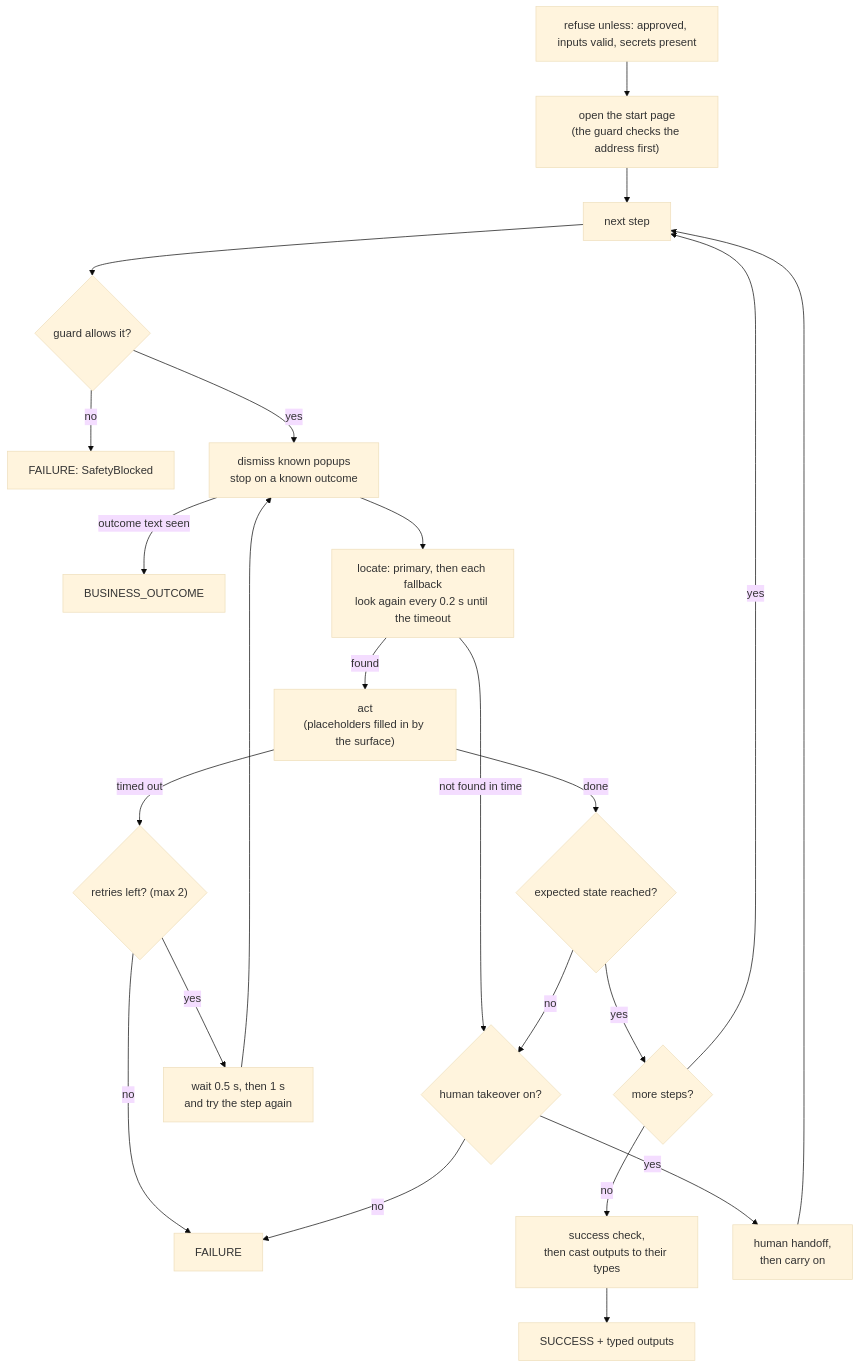
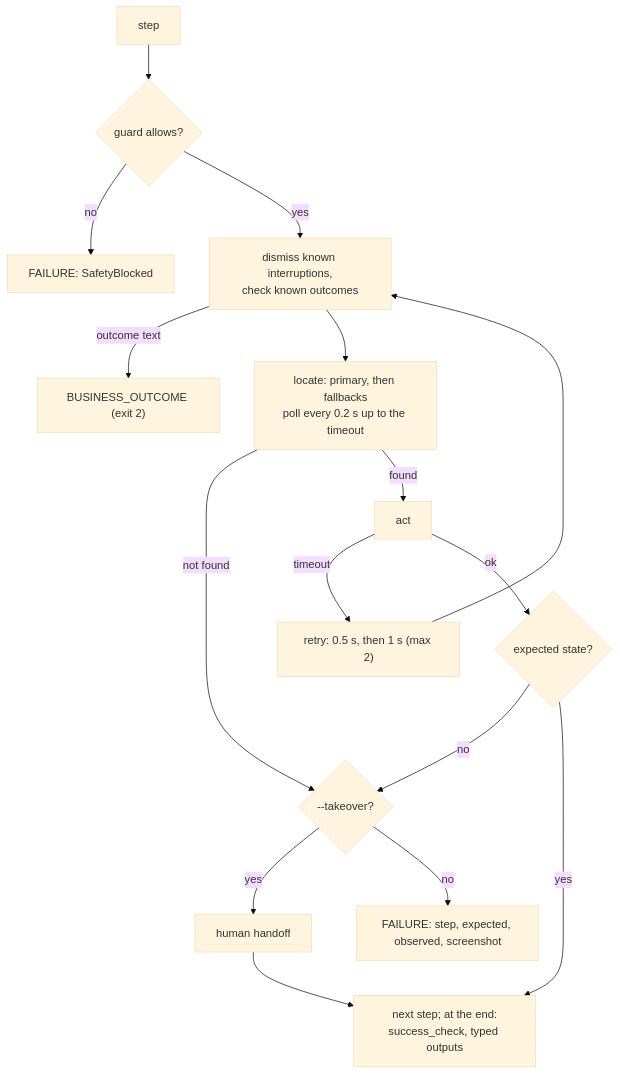
Before and after one commit to atharvakulkarni22/bankautomategpt: the second of 3 diagrams in REPORT.md, drawn with Mermaid (base theme). The commit also changed other lines of this file and 58 other files, not shown here.

````diff
--- a/REPORT.md
+++ b/REPORT.md
@@ -275,25 +68,16 @@
 ```mermaid
 flowchart TD
-    P["refuse unless: approved, inputs valid, secrets present"] --> GO["open the start page<br/>(the guard checks the address first)"]
-    GO --> STEP["next step"]
-    STEP --> AZ{"guard allows it?"}
-    AZ -- no --> SB["FAILURE: SafetyBlocked"]
-    AZ -- yes --> W["dismiss known popups<br/>stop on a known outcome"]
-    W -- "outcome text seen" --> BO["BUSINESS_OUTCOME"]
-    W --> L["locate: primary, then each fallback<br/>look again every 0.2 s until the timeout"]
-    L -- "found" --> ACT["act<br/>(placeholders filled in by the surface)"]
-    L -- "not found in time" --> NF{"human takeover on?"}
-    ACT -- "timed out" --> RT{"retries left? (max 2)"}
-    RT -- yes --> BK["wait 0.5 s, then 1 s<br/>and try the step again"]
-    BK --> W
-    RT -- no --> FAIL["FAILURE"]
-    ACT -- "done" --> EXP{"expected state reached?"}
-    EXP -- no --> NF
-    EXP -- yes --> MORE{"more steps?"}
-    MORE -- yes --> STEP
-    MORE -- no --> SC["success check,<br/>then cast outputs to their types"]
-    SC --> OK["SUCCESS + typed outputs"]
-    NF -- no --> FAIL
-    NF -- yes --> HO["human handoff,<br/>then carry on"]
-    HO --> STEP
+    S["step"] --> G{"guard allows?"}
+    G -- no --> F1["FAILURE: SafetyBlocked"]
+    G -- yes --> I["dismiss known interruptions,<br/>check known outcomes"]
+    I -- "outcome text" --> BO["BUSINESS_OUTCOME (exit 2)"]
+    I --> L["locate: primary, then fallbacks<br/>poll every 0.2 s up to the timeout"]
+    L -- "not found" --> HN{"--takeover?"}
+    L -- found --> ACT["act"]
+    ACT -- "timeout" --> RT["retry: 0.5 s, then 1 s (max 2)"] --> I
+    ACT -- ok --> E{"expected state?"}
+    E -- no --> HN
+    E -- yes --> N["next step; at the end:<br/>success_check, typed outputs"]
+    HN -- yes --> HUM["human handoff"] --> N
+    HN -- no --> F2["FAILURE: step, expected, observed, screenshot"]
 ```
````
